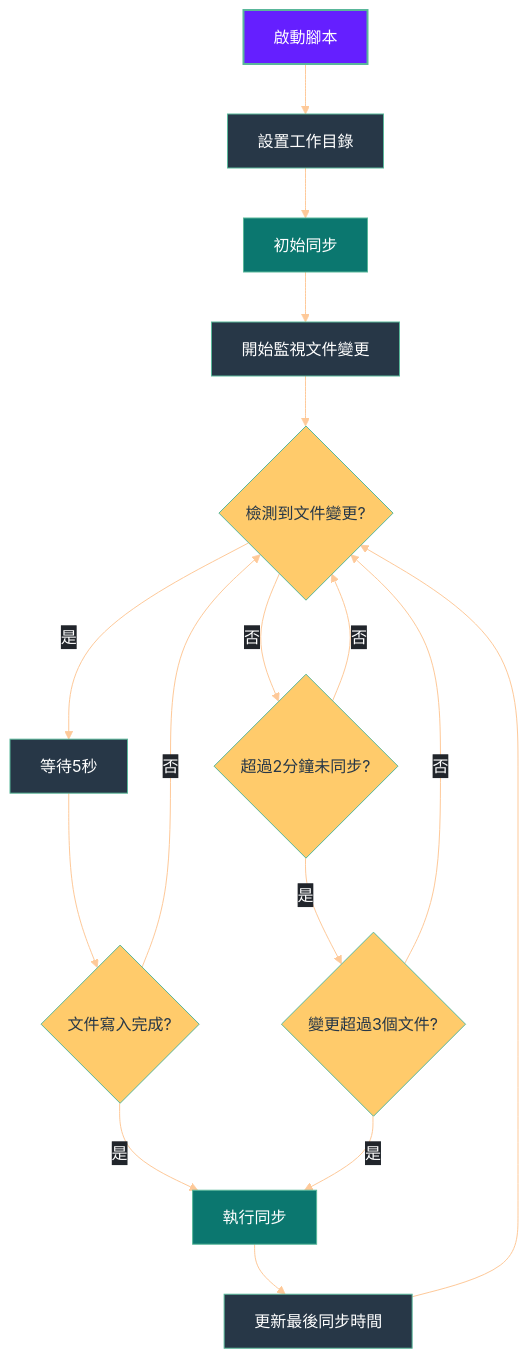
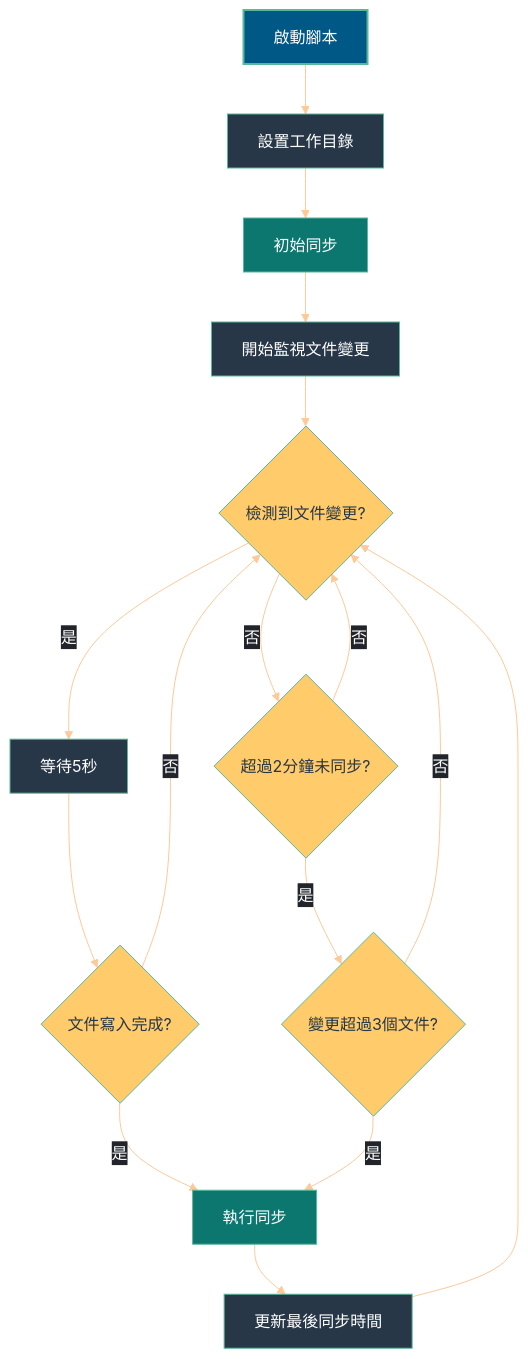
Before and after one commit to GengGeng026/Sync-Logseq: the second of 2 diagrams in Logseq同步方案演進記錄.md, drawn with Mermaid.

Commit message:
Auto-sync: Wed Mar 26 10:28:44 +08 2025

````diff
--- a/Logseq同步方案演進記錄.md
+++ b/Logseq同步方案演進記錄.md
@@ -375,53 +375,53 @@
 ```mermaid
 %%{init: {
   'theme': 'base', 
   'themeVariables': {
     'primaryColor': '#19E9D9',
     'primaryTextColor': '#FFFFFF',
     'primaryBorderColor': '#59B79A',
     'lineColor': '#FEC999',
     'secondaryColor': '#FFCB6B',
     'tertiaryColor': '#F07178',
     'background': 'transparent',
     'textColor': '#EEFFFF',
     'mainBkg': '#273747',
     'nodeBorder': '#59B79A',
     'clusterBkg': 'transparent',
     'edgeLabelBackground': '#21252B'
   },
   'flowchart': {
     'curve': 'basis',
     'nodeSpacing': 50,
     'rankSpacing': 50,
     'padding': 15
   }
 }}%%
 flowchart TD
     %% 節點樣式優化
-    classDef start fill:#651FFF,stroke:#59B79A,color:#FFFFFF,stroke-width:2px;
+    classDef start fill:#005886,stroke:#59B79A,color:#FFFFFF,stroke-width:2px;
     classDef process fill:#19E9D,stroke:#59B79A,color:#FFFFFF,stroke-width:1px;
     classDef condition fill:#FFCB6B,stroke:#59B79A,color:#273747,stroke-width:1px,shape:diamond;
     classDef action fill:#0B776F,stroke:#59B79A,color:#FFFFFF,stroke-width:1px;
     
     A[啟動腳本] --> B[設置工作目錄]
     B --> C[初始同步]
     C --> D[開始監視文件變更]
     D --> E{檢測到文件變更?}
     E -->|是| F[等待5秒]
     F --> G{文件寫入完成?}
     G -->|是| H[執行同步]
     G -->|否| E
     E -->|否| I{超過2分鐘未同步?}
     I -->|是| J{變更超過3個文件?}
     J -->|是| H
     J -->|否| E
     I -->|否| E
     H --> K[更新最後同步時間]
     K --> E
     
     %% 應用樣式
     class A start;
     class B,D,F,K process;
     class C,H action;
     class E,G,I,J condition;
 ```
````
